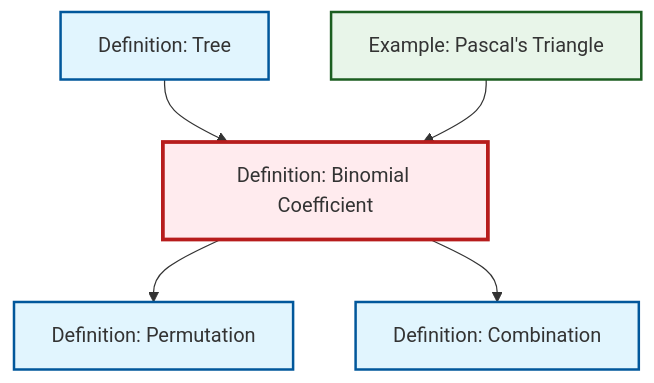
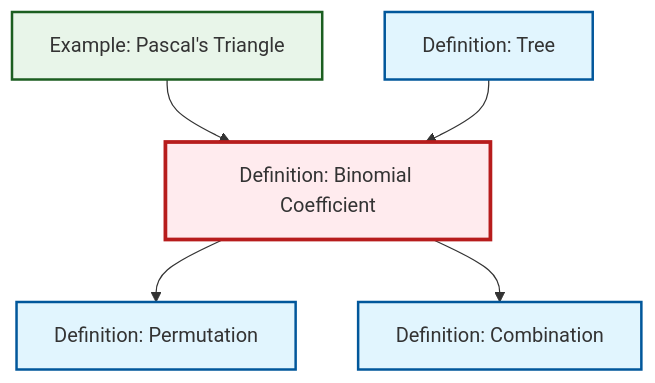
The diagram in content/ja/combinatorics/def-binomial-coefficient.qmd (RK0429/ModernMath), drawn with Mermaid before and after one commit. The commit also changed other lines of this file and 474 other files, not shown here.

````diff
--- a/content/ja/combinatorics/def-binomial-coefficient.qmd
+++ b/content/ja/combinatorics/def-binomial-coefficient.qmd
@@ -64,23 +64,23 @@
 ```{mermaid}
 %%| fig-cap: "Local dependency graph"
 graph TD
     classDef definition fill:#e1f5fe,stroke:#01579b,stroke-width:2px
     classDef theorem fill:#f3e5f5,stroke:#4a148c,stroke-width:2px
     classDef axiom fill:#fff3e0,stroke:#e65100,stroke-width:2px
     classDef example fill:#e8f5e9,stroke:#1b5e20,stroke-width:2px
     classDef current fill:#ffebee,stroke:#b71c1c,stroke-width:3px
-    def-combination["Definition: Combination"]:::definition
     ex-pascals-triangle["Example: Pascal's Triangle"]:::example
     def-permutation["Definition: Permutation"]:::definition
     def-binomial-coefficient["Definition: Binomial Coefficient"]:::definition
+    def-combination["Definition: Combination"]:::definition
     def-tree["Definition: Tree"]:::definition
+    ex-pascals-triangle --> def-binomial-coefficient
+    def-tree --> def-binomial-coefficient
     def-binomial-coefficient --> def-permutation
-    def-tree --> def-binomial-coefficient
-    ex-pascals-triangle --> def-binomial-coefficient
     def-binomial-coefficient --> def-combination
     class def-binomial-coefficient current
-    click def-combination "def-combination.html" "Definition: Combinationへ"
     click ex-pascals-triangle "ex-pascals-triangle.html" "Example: Pascal's Triangleへ"
     click def-permutation "def-permutation.html" "Definition: Permutationへ"
+    click def-combination "def-combination.html" "Definition: Combinationへ"
     click def-tree "def-tree.html" "Definition: Treeへ"
 ```
````
